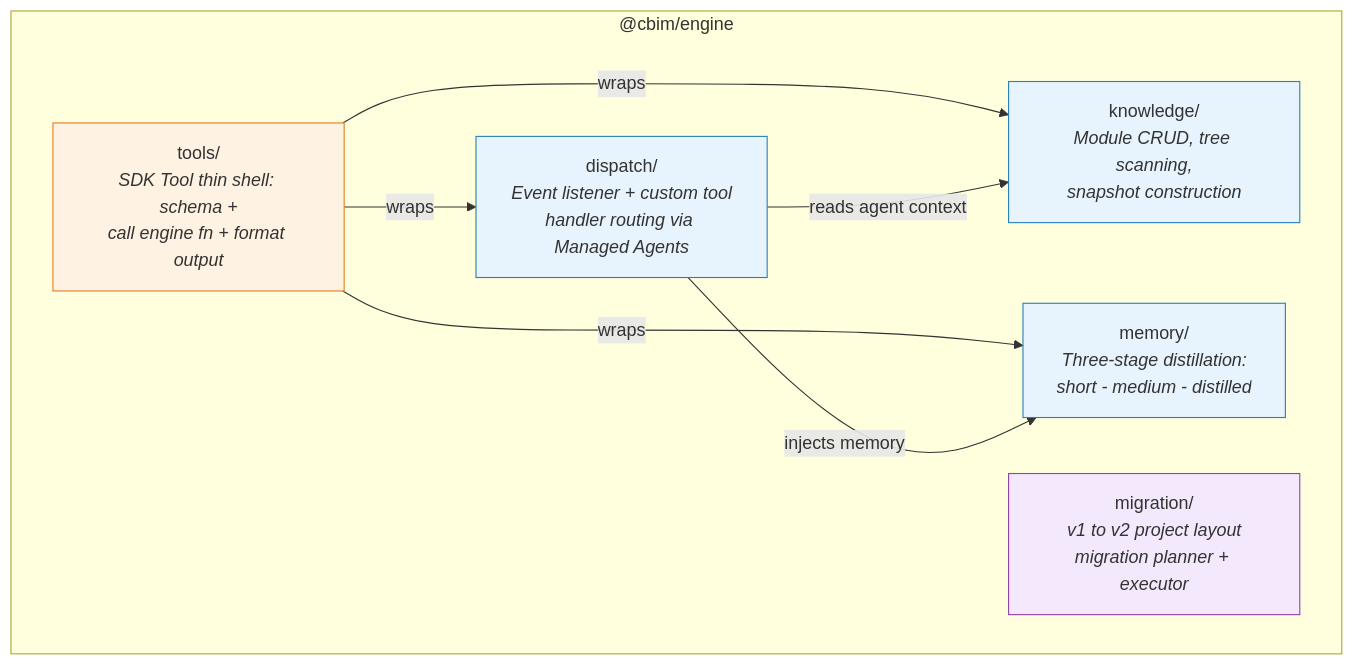
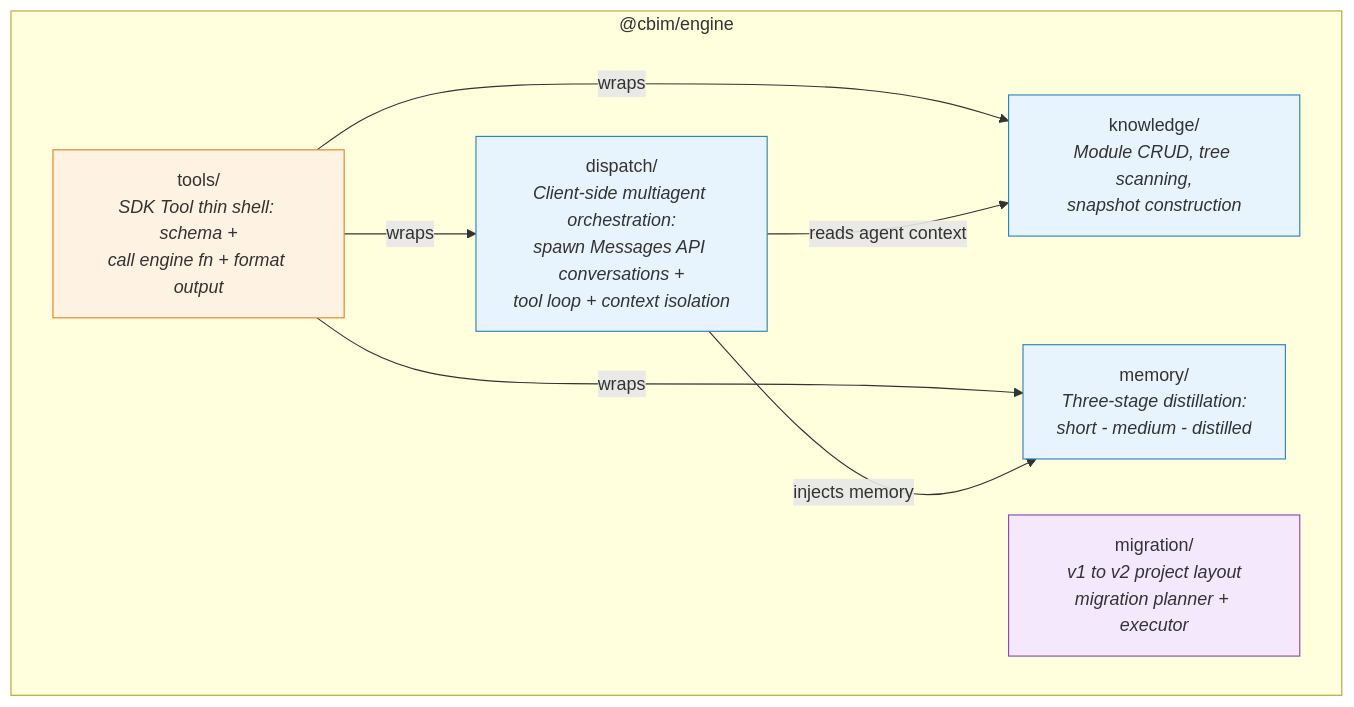
Before and after one commit to nan023062/agent-team-cc: the diagram in packages/engine/.dna/module.md, drawn with Mermaid. The commit also changed other lines of this file and 1 other file, not shown here.

````diff
--- a/packages/engine/.dna/module.md
+++ b/packages/engine/.dna/module.md
@@ -15,22 +15,22 @@
 ```mermaid
 graph TD
     subgraph engine ["@cbim/engine"]
         KNOWLEDGE["knowledge/<br/><i>Module CRUD, tree scanning,<br/>snapshot construction</i>"]
         MEMORY["memory/<br/><i>Three-stage distillation:<br/>short - medium - distilled</i>"]
-        DISPATCH["dispatch/<br/><i>Event listener + custom tool<br/>handler routing via Managed Agents</i>"]
+        DISPATCH["dispatch/<br/><i>Client-side multiagent orchestration:<br/>spawn Messages API conversations +<br/>tool loop + context isolation</i>"]
         MIGRATION["migration/<br/><i>v1 to v2 project layout<br/>migration planner + executor</i>"]
         TOOLS["tools/<br/><i>SDK Tool thin shell: schema +<br/>call engine fn + format output</i>"]
     end
 
     TOOLS -->|"wraps"| KNOWLEDGE
     TOOLS -->|"wraps"| MEMORY
     TOOLS -->|"wraps"| DISPATCH
     DISPATCH -->|"reads agent context"| KNOWLEDGE
     DISPATCH -->|"injects memory"| MEMORY
 
     style KNOWLEDGE fill:#e8f4fd,stroke:#2980b9
     style MEMORY fill:#e8f4fd,stroke:#2980b9
     style DISPATCH fill:#e8f4fd,stroke:#2980b9
     style MIGRATION fill:#f4e8fd,stroke:#8e44ad
     style TOOLS fill:#fef3e2,stroke:#e67e22
 ```
````
